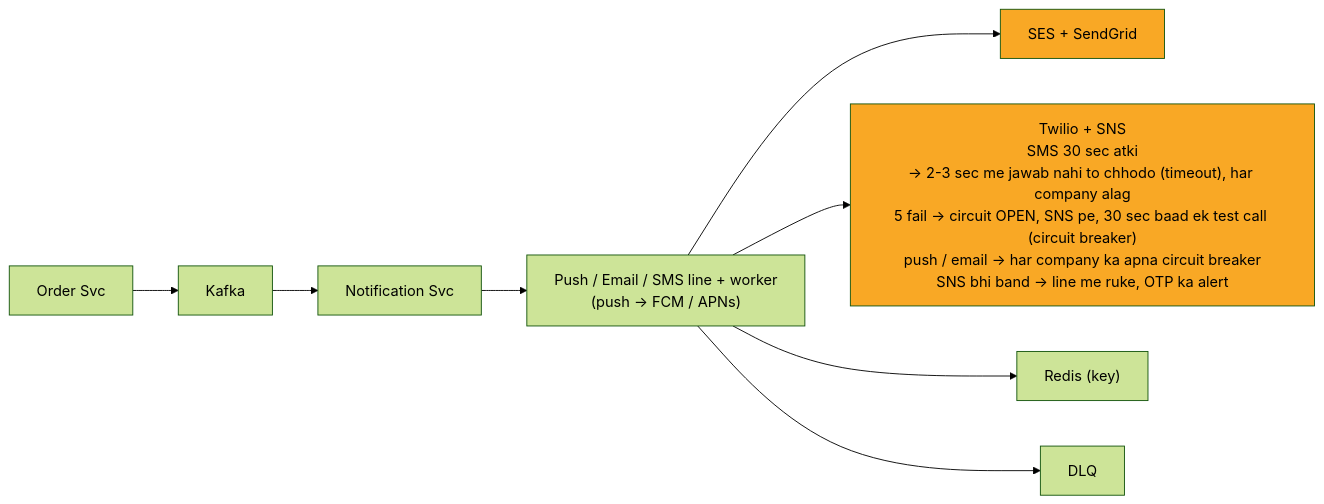
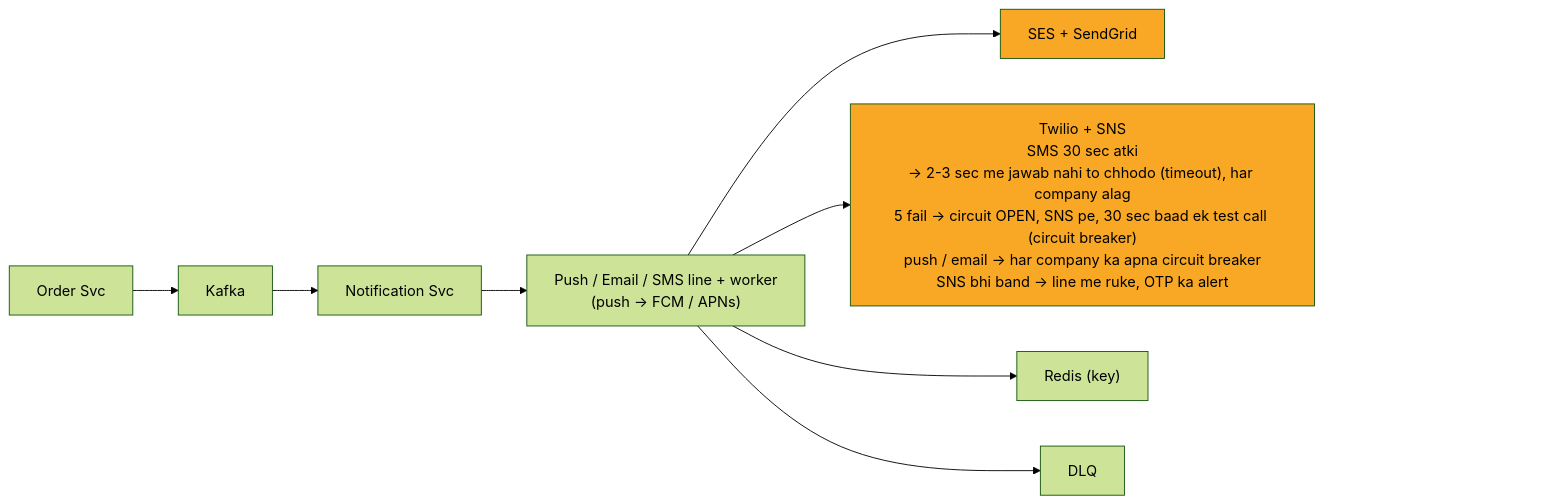
One commit to ArpanMaheshwari144/Prep changed the seventh of 13 diagrams in 04_HLD/SYSTEM_DESIGNS/04_notification_system/04_notification_system.md. Above: the diagram before and after it, drawn with Mermaid (forest theme). The commit also changed other lines of this file and 13 other files, not shown here.

Commit message:
hld 14 file: har diagram ke daayein andekha dabba, zoom button asli dabbe pe na aaye

````diff
--- a/04_HLD/SYSTEM_DESIGNS/04_notification_system/04_notification_system.md
+++ b/04_HLD/SYSTEM_DESIGNS/04_notification_system/04_notification_system.md
@@ -294,21 +312,24 @@
 ```mermaid
 %%{init: {"flowchart": {"wrappingWidth": 450}}}%%
 flowchart LR
     n_Order_Svc["Order Svc"]
     n_Kafka["Kafka"]
     n_Notification_Svc["Notification Svc"]
     n_LINES["Push / Email / SMS line + worker<br/>(push -> FCM / APNs)"]
     n_SES["SES + SendGrid"]
     n_Twilio["Twilio + SNS<br/>SMS 30 sec atki<br/>-> 2-3 sec me jawab nahi to chhodo (timeout), har company alag<br/>5 fail -> circuit OPEN, SNS pe, 30 sec baad ek test call (circuit breaker)<br/>push / email -> har company ka apna circuit breaker<br/>SNS bhi band -> line me ruke, OTP ka alert"]
     n_Redis["Redis (key)"]
     n_DLQ["DLQ"]
     n_Order_Svc --> n_Kafka
     n_Kafka --> n_Notification_Svc
     n_Notification_Svc --> n_LINES
     n_LINES --> n_SES
     n_LINES --> n_Twilio
     n_LINES --> n_Redis
     n_LINES --> n_DLQ
+    n_pad["xxxxxxxxxxxxxxxx"]
+    n_Twilio ~~~ n_pad
     style n_SES fill:#f9a825,color:#000
     style n_Twilio fill:#f9a825,color:#000
+    style n_pad fill:none,stroke:none,color:#ffffff00
 ```
````
